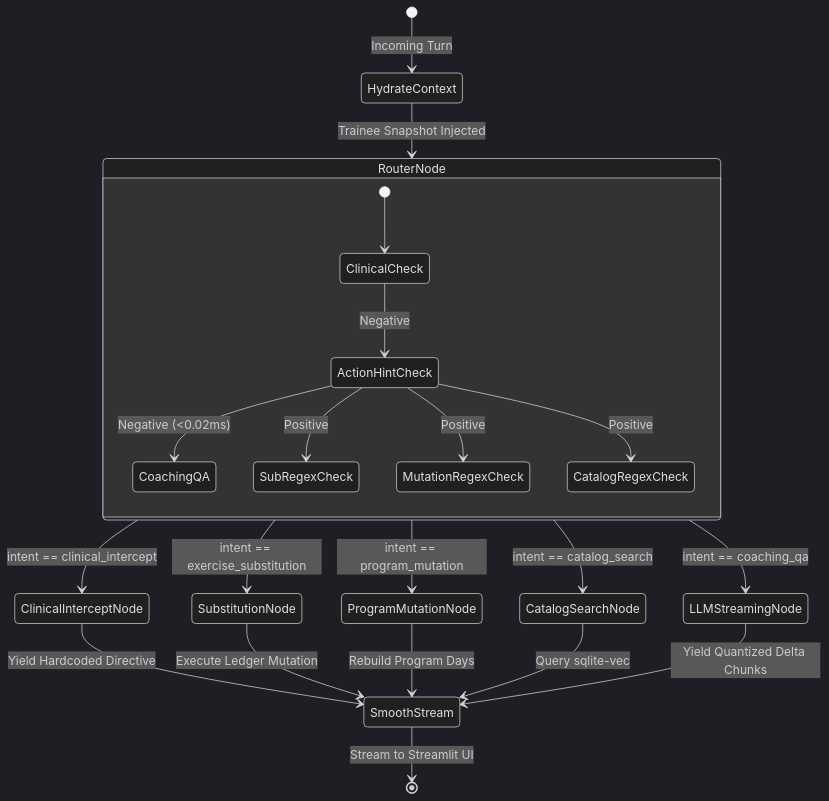
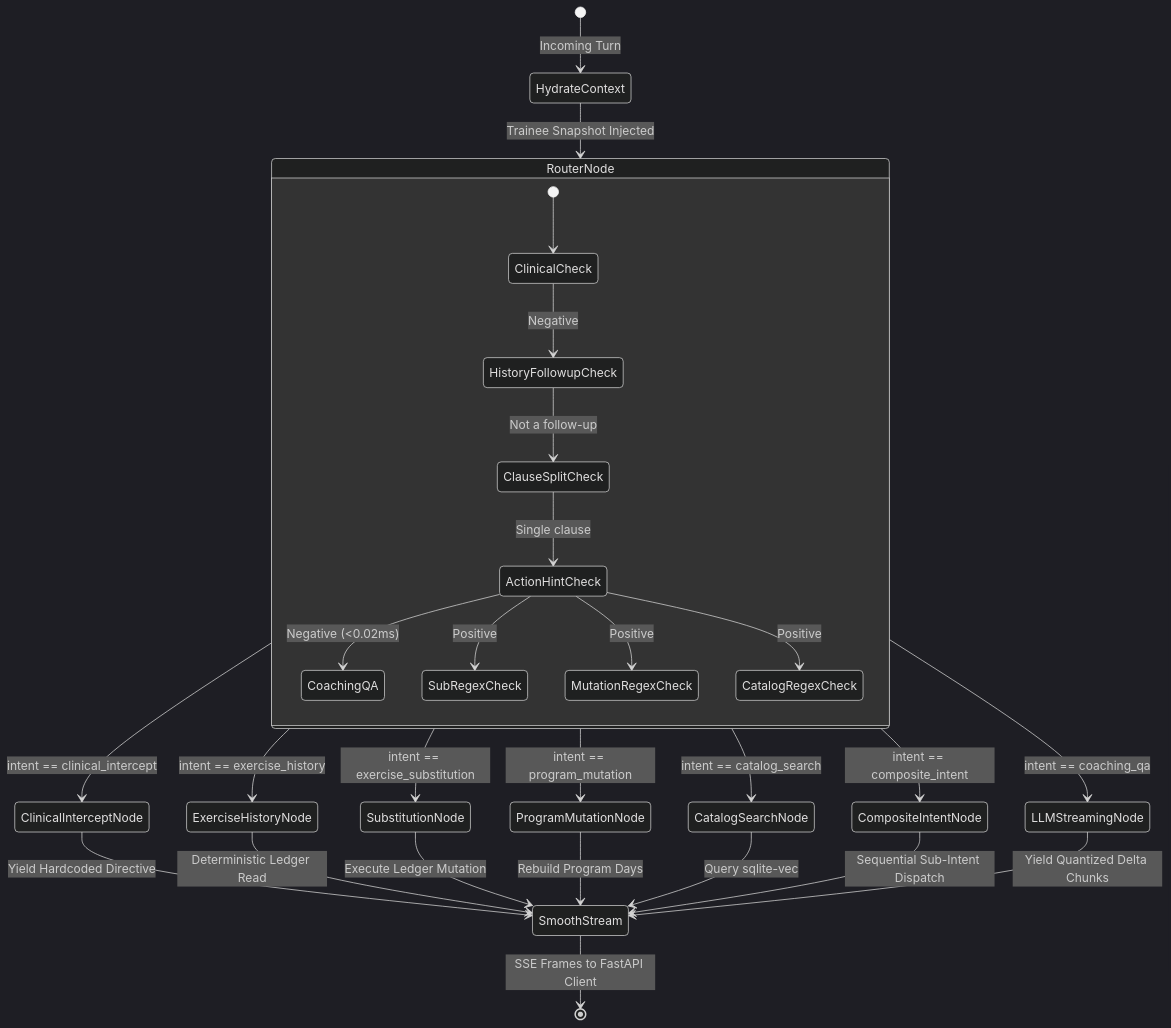
One commit to ahmedtvmer/MAYOS changed the second of 8 diagrams in docs/ARCHITECTURE.md. Above: the diagram before and after it, drawn with Mermaid (dark theme). The commit also changed other lines of this file and 7 other files, not shown here.

````diff
--- a/docs/ARCHITECTURE.md
+++ b/docs/ARCHITECTURE.md
@@ -108,28 +121,34 @@
 ```mermaid
 stateDiagram-v2
     [*] --> HydrateContext: Incoming Turn
     HydrateContext --> RouterNode: Trainee Snapshot Injected
     
     state RouterNode {
         [*] --> ClinicalCheck
-        ClinicalCheck --> ActionHintCheck: Negative
+        ClinicalCheck --> HistoryFollowupCheck: Negative
+        HistoryFollowupCheck --> ClauseSplitCheck: Not a follow-up
+        ClauseSplitCheck --> ActionHintCheck: Single clause
         ActionHintCheck --> CoachingQA: Negative (<0.02ms)
         ActionHintCheck --> SubRegexCheck: Positive
         ActionHintCheck --> MutationRegexCheck: Positive
         ActionHintCheck --> CatalogRegexCheck: Positive
     }
 
     RouterNode --> ClinicalInterceptNode: intent == clinical_intercept
+    RouterNode --> ExerciseHistoryNode: intent == exercise_history
     RouterNode --> SubstitutionNode: intent == exercise_substitution
     RouterNode --> ProgramMutationNode: intent == program_mutation
     RouterNode --> CatalogSearchNode: intent == catalog_search
+    RouterNode --> CompositeIntentNode: intent == composite_intent
     RouterNode --> LLMStreamingNode: intent == coaching_qa
 
     ClinicalInterceptNode --> SmoothStream: Yield Hardcoded Directive
+    ExerciseHistoryNode --> SmoothStream: Deterministic Ledger Read
     SubstitutionNode --> SmoothStream: Execute Ledger Mutation
     ProgramMutationNode --> SmoothStream: Rebuild Program Days
     CatalogSearchNode --> SmoothStream: Query sqlite-vec
+    CompositeIntentNode --> SmoothStream: Sequential Sub-Intent Dispatch
     LLMStreamingNode --> SmoothStream: Yield Quantized Delta Chunks
 
-    SmoothStream --> [*]: Stream to Streamlit UI
+    SmoothStream --> [*]: SSE Frames to FastAPI Client
 ```
````
